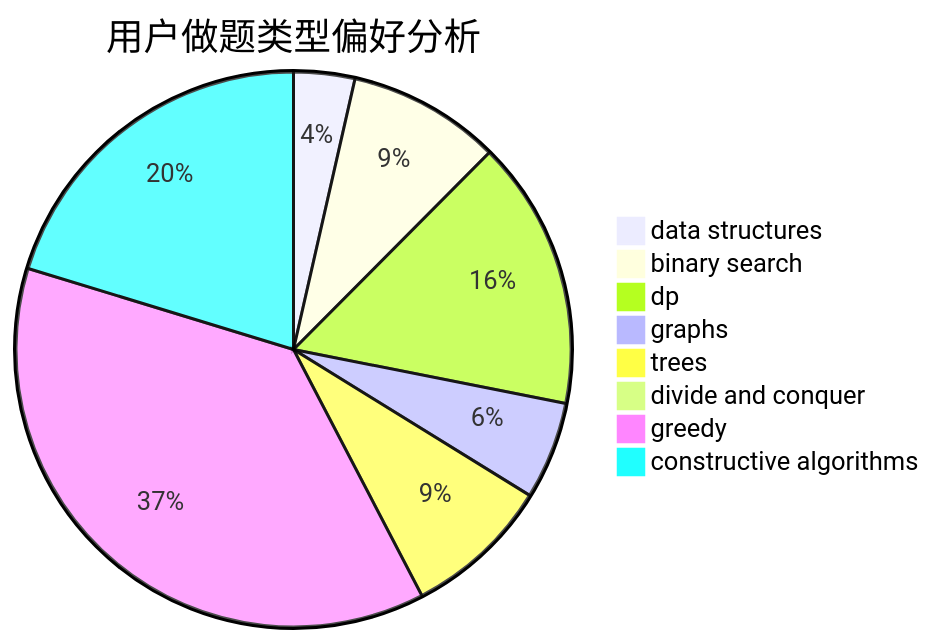
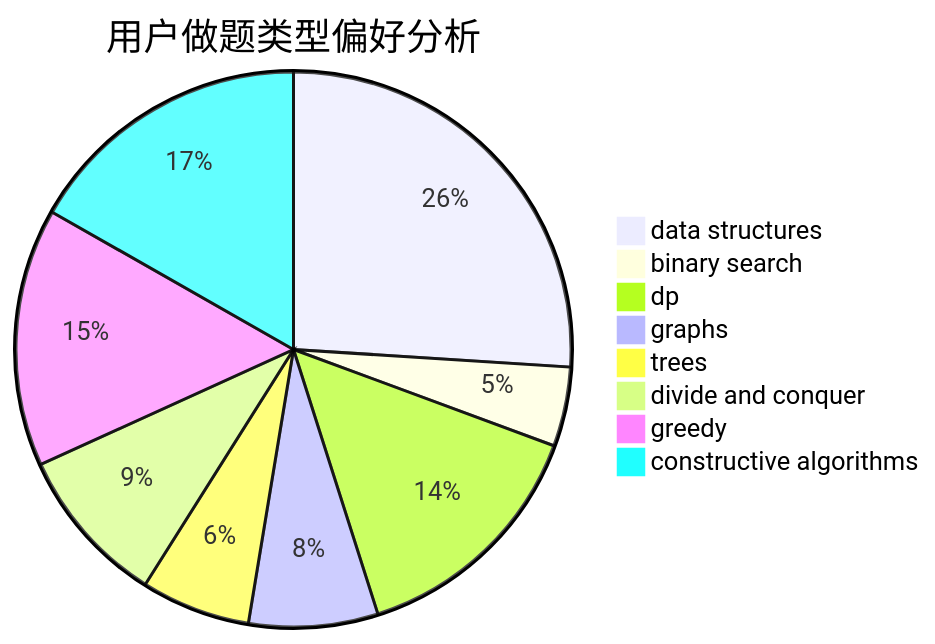
Before and after one commit to sherpahu/cfrs.github.io: the second of 3 diagrams in docs/user/u1277.md, drawn with Mermaid. The commit also changed other lines of this file and 2770 other files, not shown here.

````diff
--- a/docs/user/u1277.md
+++ b/docs/user/u1277.md
@@ -23,11 +23,11 @@
 ```mermaid
 pie title 用户做题类型偏好分析
-    "data structures" :  10
-    "binary search" :  25
-    "dp" :  44
-    "graphs" :  16
-    "trees" :  24
-    "divide and conquer" :  0
-    "greedy" :  105
-    "constructive algorithms" :  57
+    "data structures" :  45
+    "binary search" :  8
+    "dp" :  25
+    "graphs" :  13
+    "trees" :  11
+    "divide and conquer" :  16
+    "greedy" :  26
+    "constructive algorithms" :  29
 ```
````
